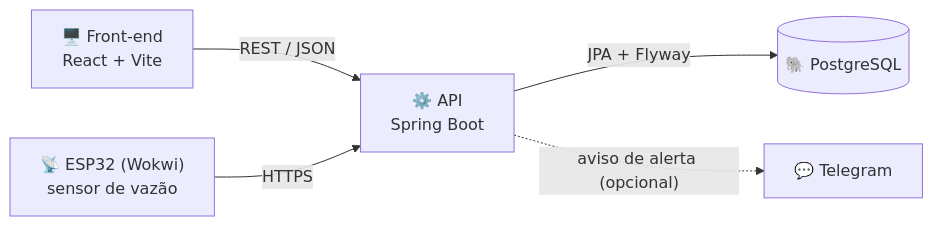
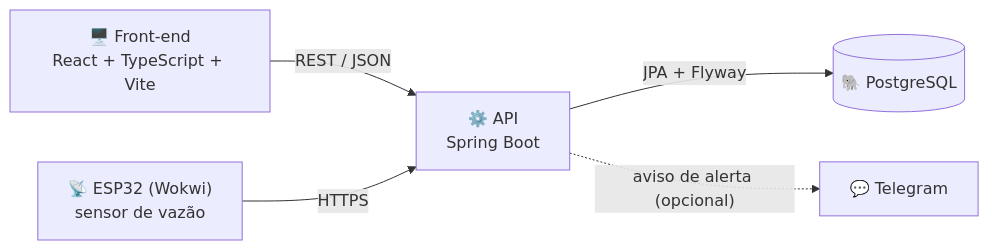
Before and after one commit to paulomourz/aguas-do-capibaribe: the first of 2 diagrams in README.md, drawn with Mermaid. The commit also changed other lines of this file and 17 other files, not shown here.

````diff
--- a/README.md
+++ b/README.md
@@ -77,7 +77,7 @@
 ```mermaid
 flowchart LR
-    W["🖥️ Front-end<br/>React + Vite"] -- "REST / JSON" --> A["⚙️ API<br/>Spring Boot"]
+    W["🖥️ Front-end<br/>React + TypeScript + Vite"] -- "REST / JSON" --> A["⚙️ API<br/>Spring Boot"]
     S["📡 ESP32 (Wokwi)<br/>sensor de vazão"] -- "HTTPS" --> A
     A -- "JPA + Flyway" --> B[("🐘 PostgreSQL")]
     A -. "aviso de alerta (opcional)" .-> T["💬 Telegram"]
 ```
````
